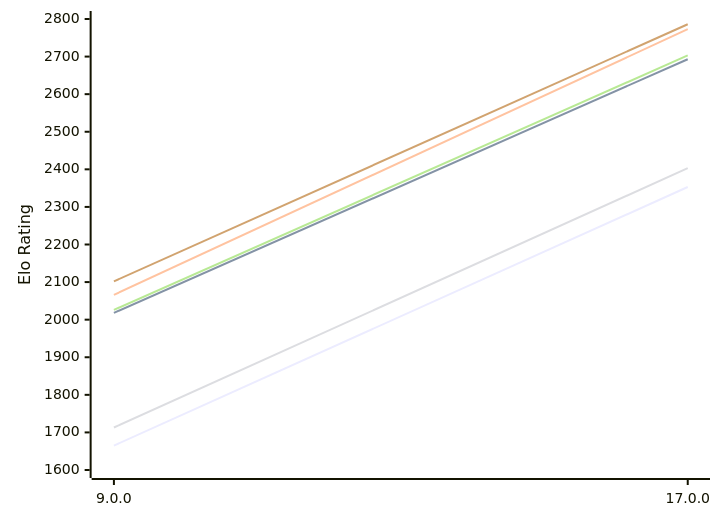
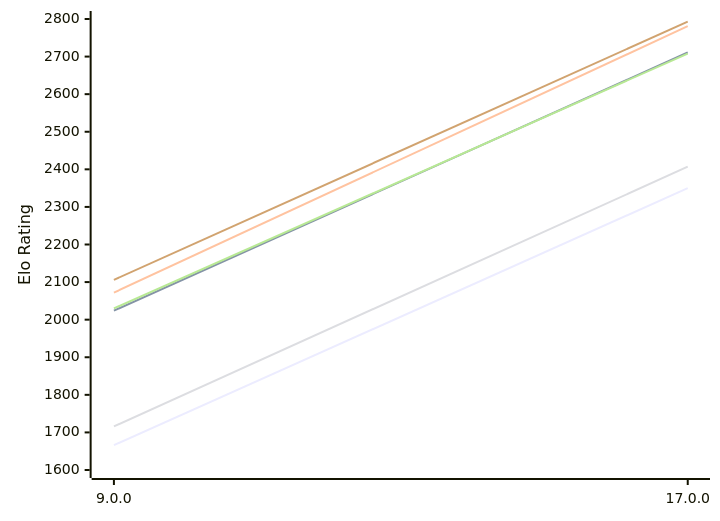
The first of 2 diagrams in engines/Cepimetheus.md (computer-chess-index/cci), drawn with Mermaid before and after one commit. The commit also changed other lines of this file, not shown here.

Commit message:
Update CCI Ratings (ELO VLTC) - 2026-11-03

````diff
--- a/engines/Cepimetheus.md
+++ b/engines/Cepimetheus.md
@@ -62,12 +62,12 @@
 ```mermaid
 %%{init: {"theme":"base","themeVariables":{"seriesColors:['#a3a3a3','#222221','#faa371']}}}%%
 xychart-beta
   x-axis ["9.0.0", "17.0.0"]
   y-axis "Elo Rating" 1600 --> 2800
-  line "E1: STC (8.0+0.08s)" [1665, 2353]
-  line "E1: LTC (60.0+0.60s)" [2018, 2693]
-  line "E1: VLTC (2m24s+1.12s)" [2066, 2773]
-  line "P1: STC (8.0+0.08s)" [1713, 2403]
-  line "P1: LTC (60.0+0.60s)" [2026, 2703]
-  line "P1: VLTC (2m24s+1.12s)" [2102, 2786]
+  line "E1: STC (8.0+0.08s)" [1666, 2350]
+  line "E1: LTC (60.0+0.60s)" [2024, 2711]
+  line "E1: VLTC (2m24s+1.12s)" [2072, 2781]
+  line "P1: STC (8.0+0.08s)" [1716, 2407]
+  line "P1: LTC (60.0+0.60s)" [2030, 2708]
+  line "P1: VLTC (2m24s+1.12s)" [2106, 2793]
 ```
````
